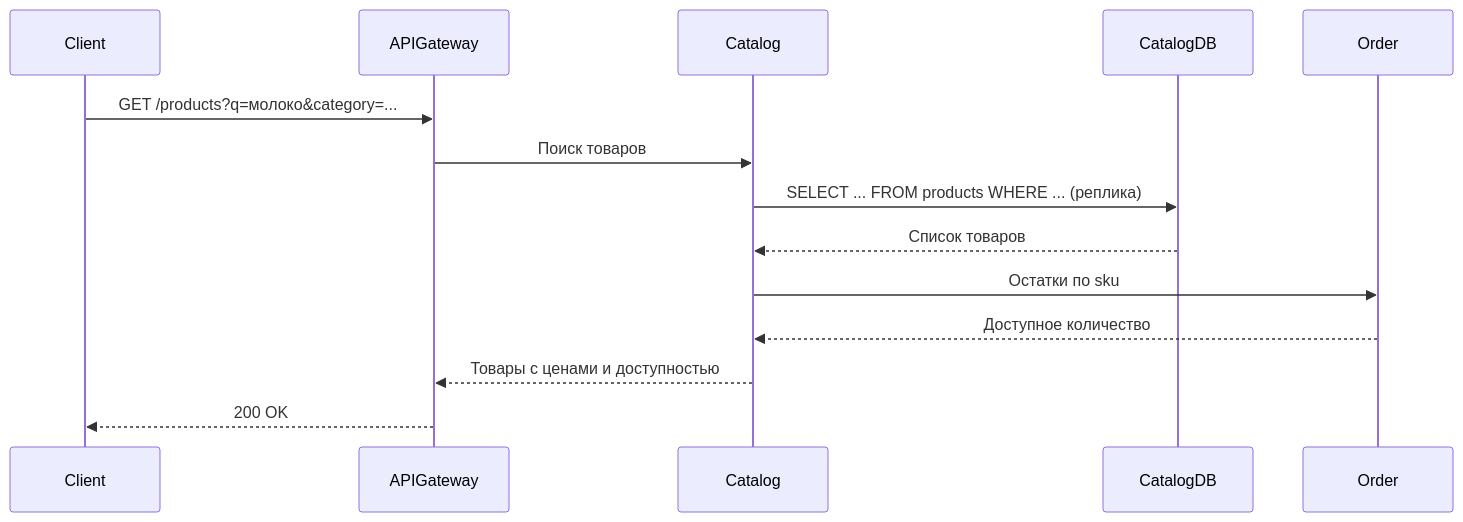
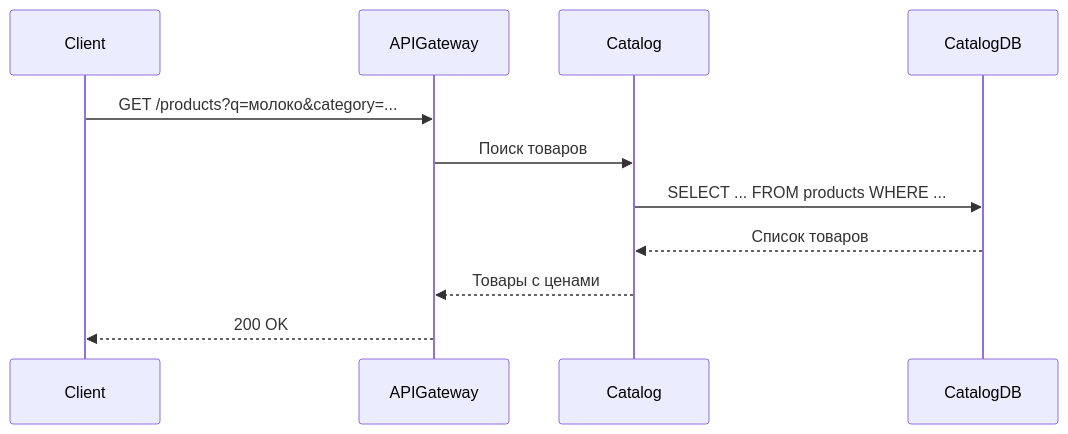
Before and after one commit to spbu-ds-practicum-2026/good_question: the second of 10 diagrams in docs/tr.md, drawn with Mermaid. The commit also changed other lines of this file, not shown here.

````diff
--- a/docs/tr.md
+++ b/docs/tr.md
@@ -281,17 +318,14 @@
 ```mermaid
 sequenceDiagram
   participant Client
   participant APIGateway
   participant Catalog
   participant CatalogDB
-  participant Order
 
   Client->>APIGateway: GET /products?q=молоко&category=...
   APIGateway->>Catalog: Поиск товаров
-  Catalog->>CatalogDB: SELECT ... FROM products WHERE ... (реплика)
+  Catalog->>CatalogDB: SELECT ... FROM products WHERE ...
   CatalogDB-->>Catalog: Список товаров
-  Catalog->>Order: Остатки по sku
-  Order-->>Catalog: Доступное количество
-  Catalog-->>APIGateway: Товары с ценами и доступностью
+  Catalog-->>APIGateway: Товары с ценами
   APIGateway-->>Client: 200 OK
 ```
````
